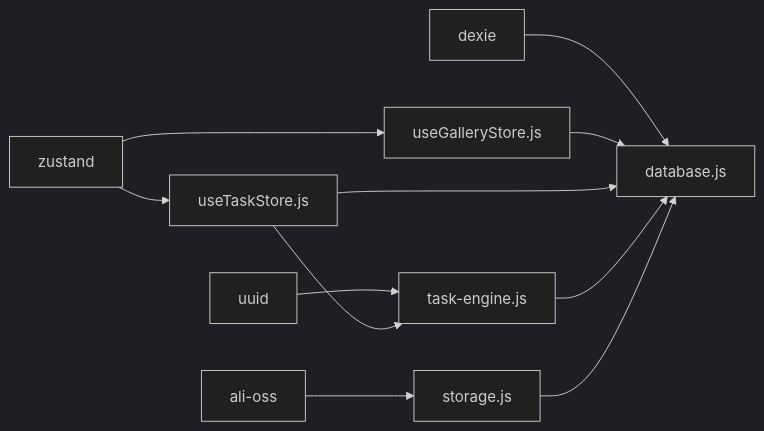
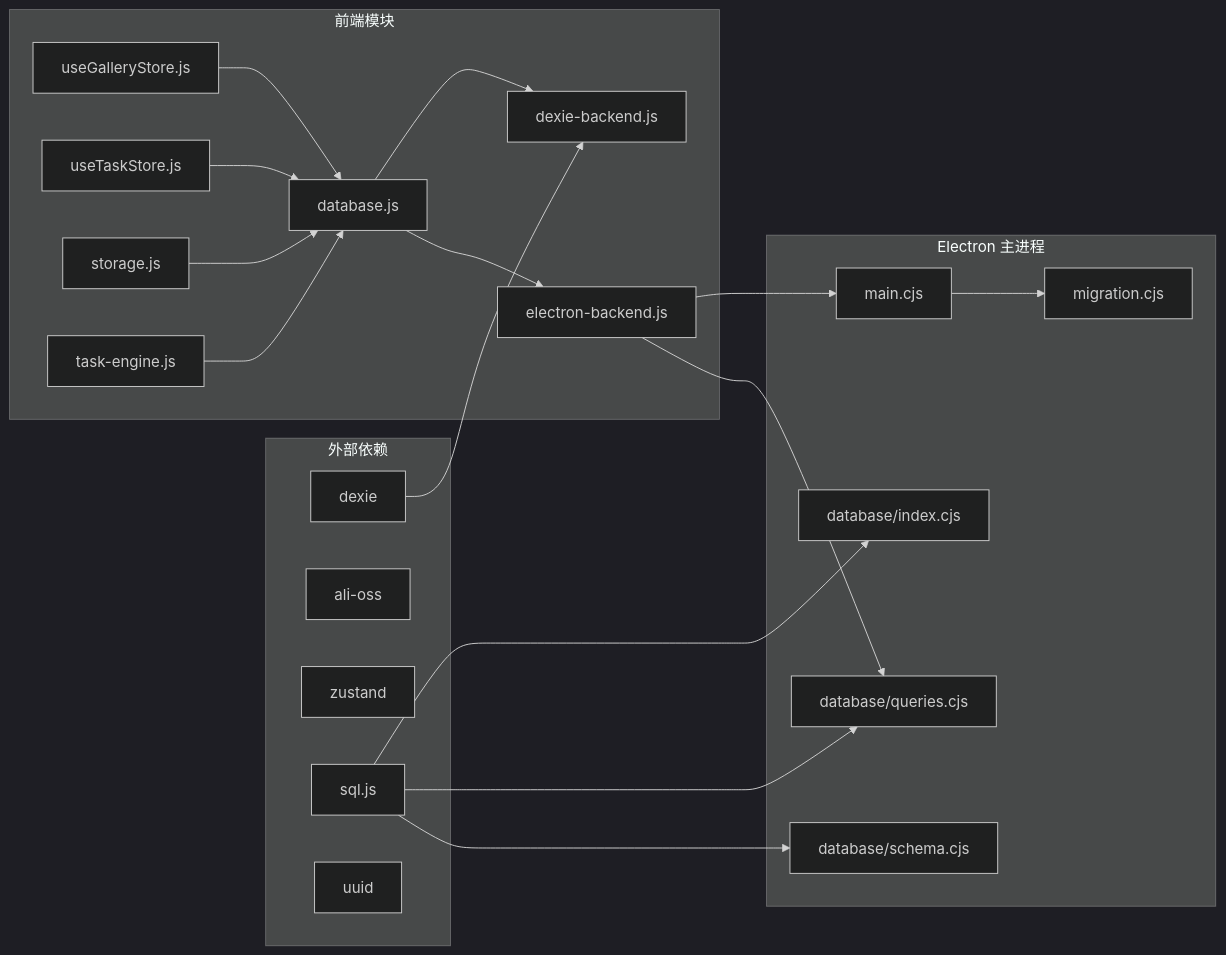
One commit to AlbusWei/AI-Image-Studio changed the seventh of 9 diagrams in .qoder/repowiki/zh/content/架构设计/数据流设计/数据库持久化.md. Above: the diagram before and after it, drawn with Mermaid (dark theme). The commit also changed other lines of this file and 37 other files, not shown here.

````diff
--- a/.qoder/repowiki/zh/content/架构设计/数据流设计/数据库持久化.md
+++ b/.qoder/repowiki/zh/content/架构设计/数据流设计/数据库持久化.md
@@ -358,13 +372,39 @@
 ```mermaid
 graph LR
-Dexie["dexie"] --> DB["database.js"]
-OSS["ali-oss"] --> ST["storage.js"]
-Zustand["zustand"] --> GS["useGalleryStore.js"]
-Zustand --> TS["useTaskStore.js"]
-UUID["uuid"] --> TE["task-engine.js"]
-GS --> DB
-TS --> DB
-TS --> TE
-TE --> DB
-ST --> DB
+subgraph "外部依赖"
+Dexie["dexie"]
+OSS["ali-oss"]
+Zustand["zustand"]
+SQLJS["sql.js"]
+UUID["uuid"]
+end
+subgraph "前端模块"
+DBFacade["database.js"]
+DexieBackend["dexie-backend.js"]
+ElectronBackend["electron-backend.js"]
+GalleryStore["useGalleryStore.js"]
+TaskStore["useTaskStore.js"]
+StorageService["storage.js"]
+TaskEngine["task-engine.js"]
+end
+subgraph "Electron 主进程"
+MainProcess["main.cjs"]
+DBIndex["database/index.cjs"]
+Queries["database/queries.cjs"]
+Schema["database/schema.cjs"]
+Migration["migration.cjs"]
+end
+Dexie --> DexieBackend
+SQLJS --> DBIndex
+SQLJS --> Queries
+SQLJS --> Schema
+DBFacade --> DexieBackend
+DBFacade --> ElectronBackend
+GalleryStore --> DBFacade
+TaskStore --> DBFacade
+StorageService --> DBFacade
+TaskEngine --> DBFacade
+ElectronBackend --> MainProcess
+ElectronBackend --> Queries
+MainProcess --> Migration
 ```
````
